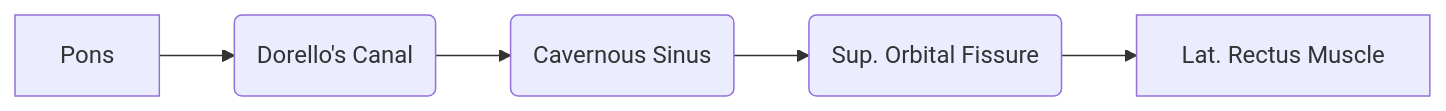
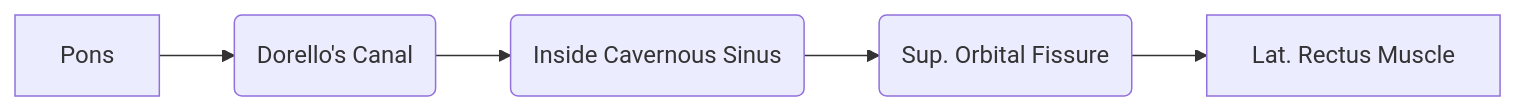
Before and after one commit to Aryan31v/Vinci: the sixth of 12 diagrams in 0 - Academic/🦴 Rachana Sharir/2 - Nervous System/04 - Cranial Nerves.md, drawn with Mermaid. The commit also changed other lines of this file and 14 other files, not shown here.

````diff
--- a/0 - Academic/🦴 Rachana Sharir/2 - Nervous System/04 - Cranial Nerves.md
+++ b/0 - Academic/🦴 Rachana Sharir/2 - Nervous System/04 - Cranial Nerves.md
@@ -189,7 +207,7 @@
 ```mermaid
 graph LR
     A[Pons] --> B(Dorello's Canal)
-    B --> C(Cavernous Sinus)
+    B --> C(Inside Cavernous Sinus)
     C --> D(Sup. Orbital Fissure)
     D --> E[Lat. Rectus Muscle]
 ```
````
